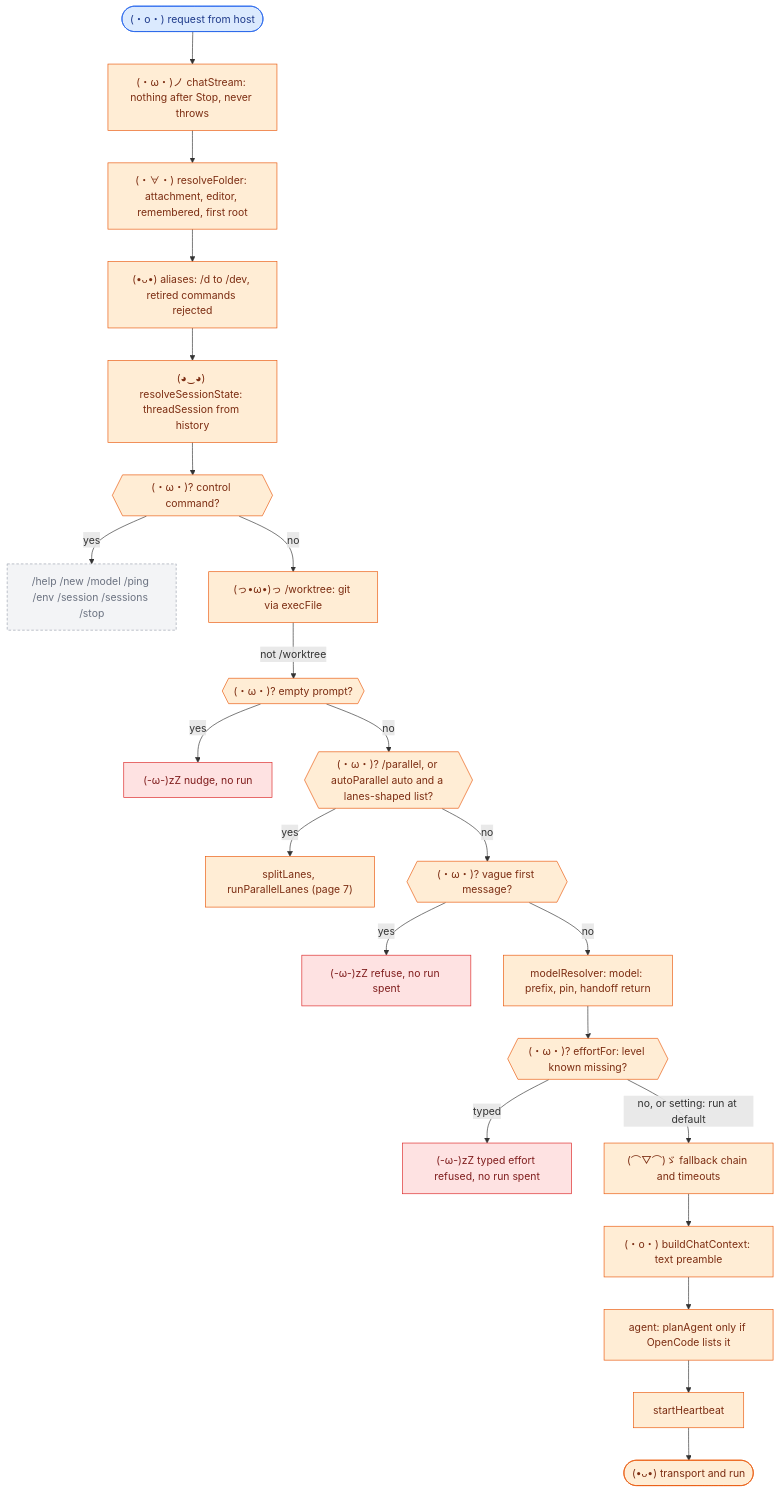
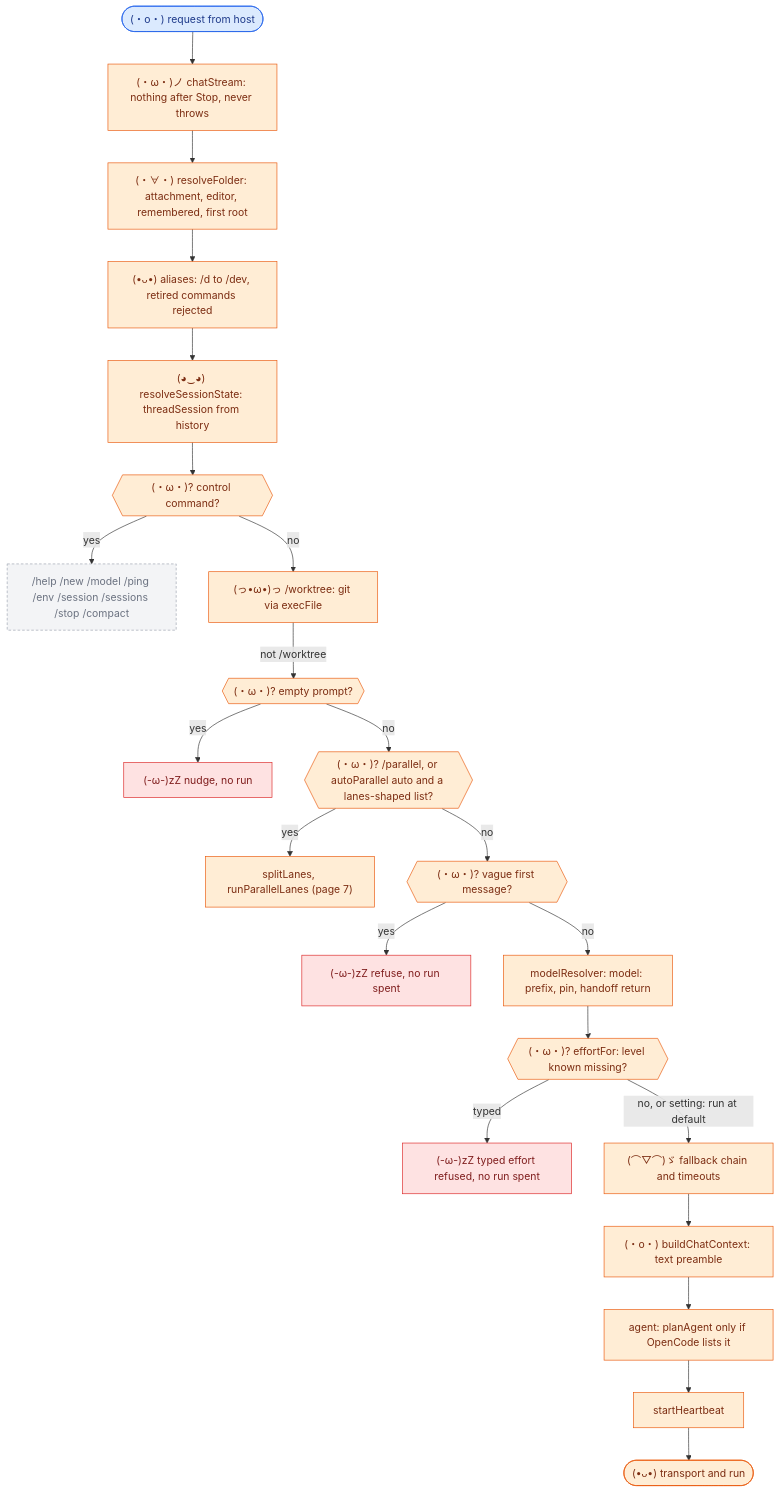
One commit to Artsrun/oc-copilot changed the first of 2 diagrams in docs/flow/02-chat-turn.md. Above: the diagram before and after it, drawn with Mermaid. The commit also changed 82 other files, not shown here.

````diff
--- a/docs/flow/02-chat-turn.md
+++ b/docs/flow/02-chat-turn.md
@@ -7,43 +7,43 @@
 ```mermaid
 flowchart TD
   classDef host fill:#dbeafe,stroke:#2563eb,color:#1e3a8a
   classDef bridge fill:#ffedd5,stroke:#ea580c,color:#7c2d12
   classDef stop fill:#fee2e2,stroke:#dc2626,color:#7f1d1d
   classDef off fill:#f3f4f6,stroke:#9ca3af,color:#6b7280,stroke-dasharray: 4 3
 
   S(["(・o・) request from host"]):::host
   W["(・ω・)ノ chatStream: nothing after Stop, never throws"]:::bridge
   F["(・∀・) resolveFolder: attachment, editor, remembered, first root"]:::bridge
   AL["(•ᴗ•) aliases: /d to /dev, retired commands rejected"]:::bridge
   SS["(◕‿◕) resolveSessionState: threadSession from history"]:::bridge
   C1{{"(・ω・)? control command?"}}:::bridge
-  CC["/help /new /model /ping /env /session /sessions /stop"]:::off
+  CC["/help /new /model /ping /env /session /sessions /stop /compact"]:::off
   WT["(っ•ω•)っ /worktree: git via execFile"]:::bridge
   EM{{"(・ω・)? empty prompt?"}}:::bridge
   NU["(-ω-)zZ nudge, no run"]:::stop
   PL{{"(・ω・)? /parallel, or autoParallel auto and a lanes-shaped list?"}}:::bridge
   LN["splitLanes, runParallelLanes (page 7)"]:::bridge
   VG{{"(・ω・)? vague first message?"}}:::bridge
   RF["(-ω-)zZ refuse, no run spent"]:::stop
   MR["modelResolver: model: prefix, pin, handoff return"]:::bridge
   EF{{"(・ω・)? effortFor: level known missing?"}}:::bridge
   ER["(-ω-)zZ typed effort refused, no run spent"]:::stop
   FB["(⌒▽⌒)ゞ fallback chain and timeouts"]:::bridge
   CX["(・o・) buildChatContext: text preamble"]:::bridge
   AG["agent: planAgent only if OpenCode lists it"]:::bridge
   HB["startHeartbeat"]:::bridge
   GO(["(•ᴗ•) transport and run"]):::bridge
 
   S --> W --> F --> AL --> SS --> C1
   C1 -->|yes| CC
   C1 -->|no| WT
   WT -->|not /worktree| EM
   EM -->|yes| NU
   EM -->|no| PL
   PL -->|yes| LN
   PL -->|no| VG
   VG -->|yes| RF
   VG -->|no| MR --> EF
   EF -->|typed| ER
   EF -->|no, or setting: run at default| FB --> CX --> AG --> HB --> GO
 ```
````
